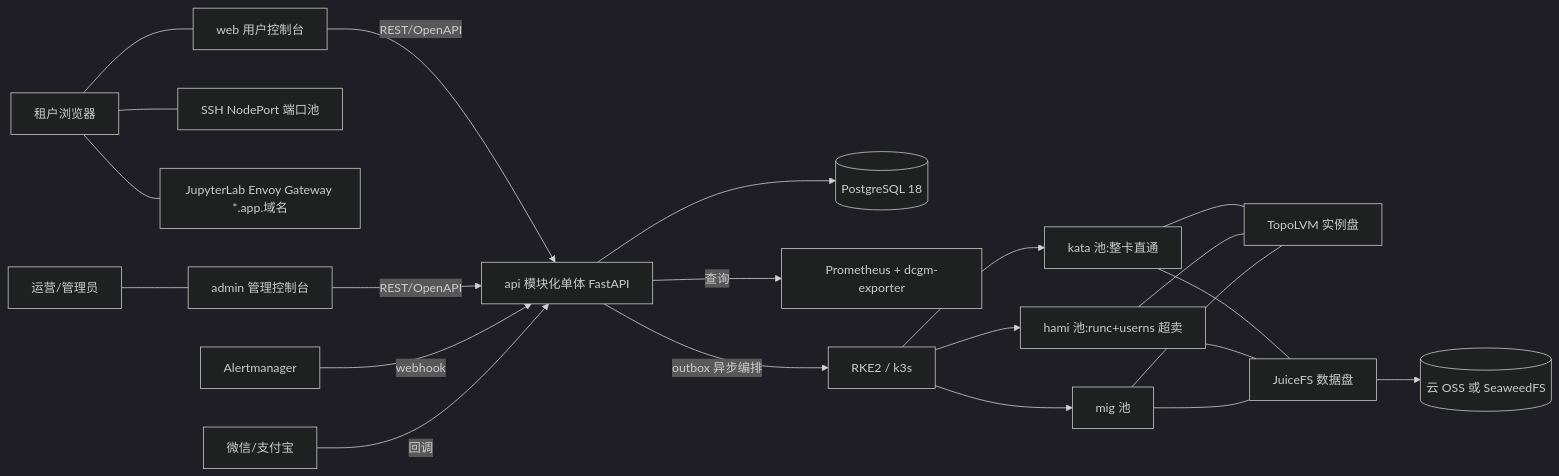
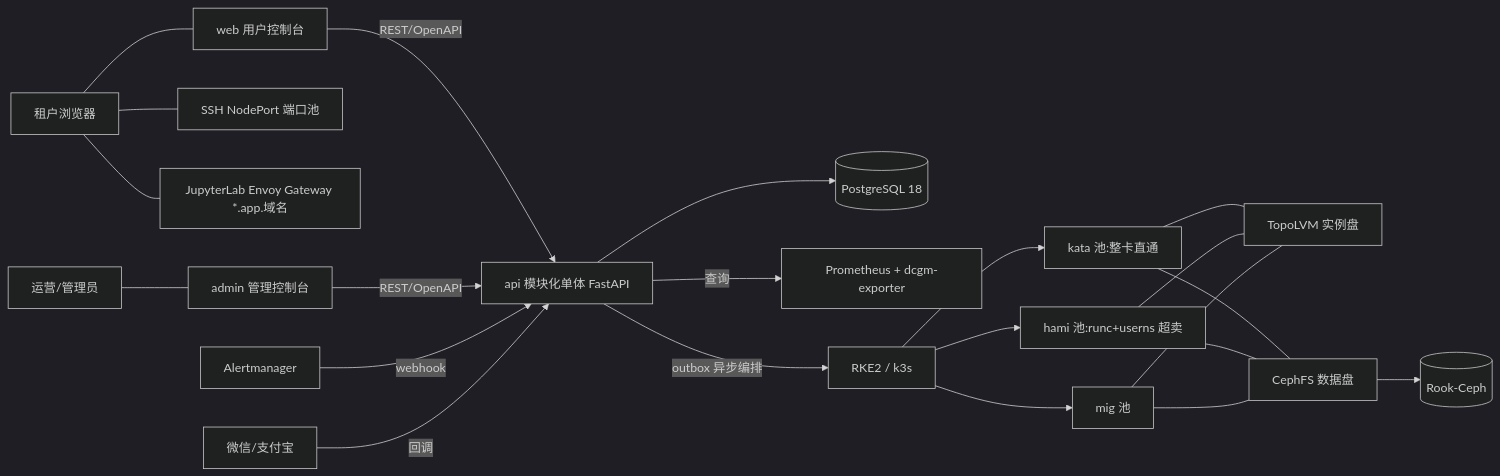
One commit to cgboy520/superdl changed the diagram in docs/architecture.md. Above: the diagram before and after it, drawn with Mermaid (dark theme). The commit also changed other lines of this file and 60 other files, not shown here.

````diff
--- a/docs/architecture.md
+++ b/docs/architecture.md
@@ -8,14 +8,14 @@
 ```mermaid
 flowchart LR
     U[租户浏览器] --- W[web 用户控制台] & NP[SSH NodePort 端口池] & ING["JupyterLab Envoy Gateway *.app.域名"]
     A[运营/管理员] --- AD[admin 管理控制台]
     W & AD -- REST/OpenAPI --> API[api 模块化单体 FastAPI]
     ALM[Alertmanager] -- webhook --> API
     PAY[微信/支付宝] -- 回调 --> API
     API --> PG[(PostgreSQL 18)]
     API -- 查询 --> PROM[Prometheus + dcgm-exporter]
     API -- outbox 异步编排 --> K8S[RKE2 / k3s]
     K8S --> P1[kata 池:整卡直通] & P2[hami 池:runc+userns 超卖] & P3[mig 池]
-    P1 & P2 & P3 --- LVM[TopoLVM 实例盘] & JFS[JuiceFS 数据盘]
-    JFS --> OSS[(云 OSS 或 SeaweedFS)]
+    P1 & P2 & P3 --- LVM[TopoLVM 实例盘] & CFS[CephFS 数据盘]
+    CFS --> ROOK[(Rook-Ceph)]
 ```
````
